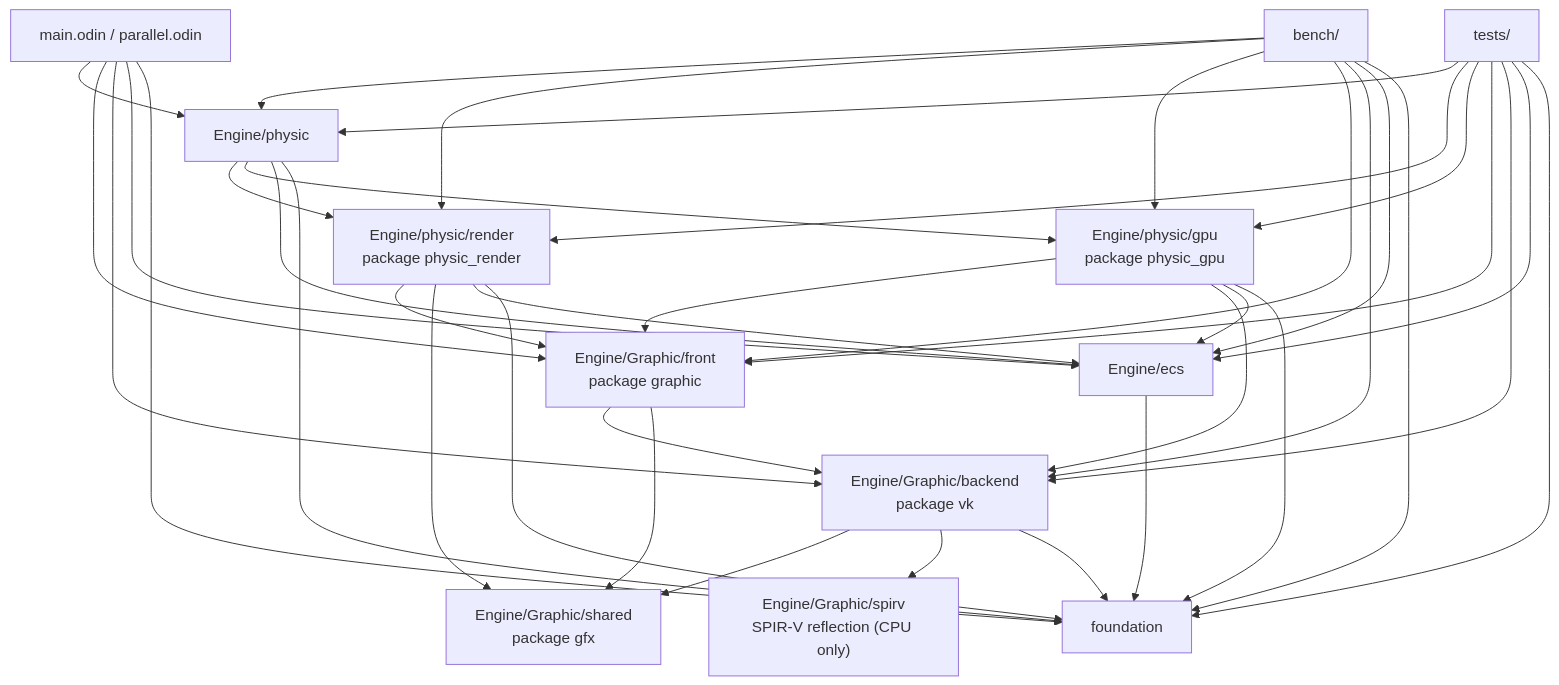
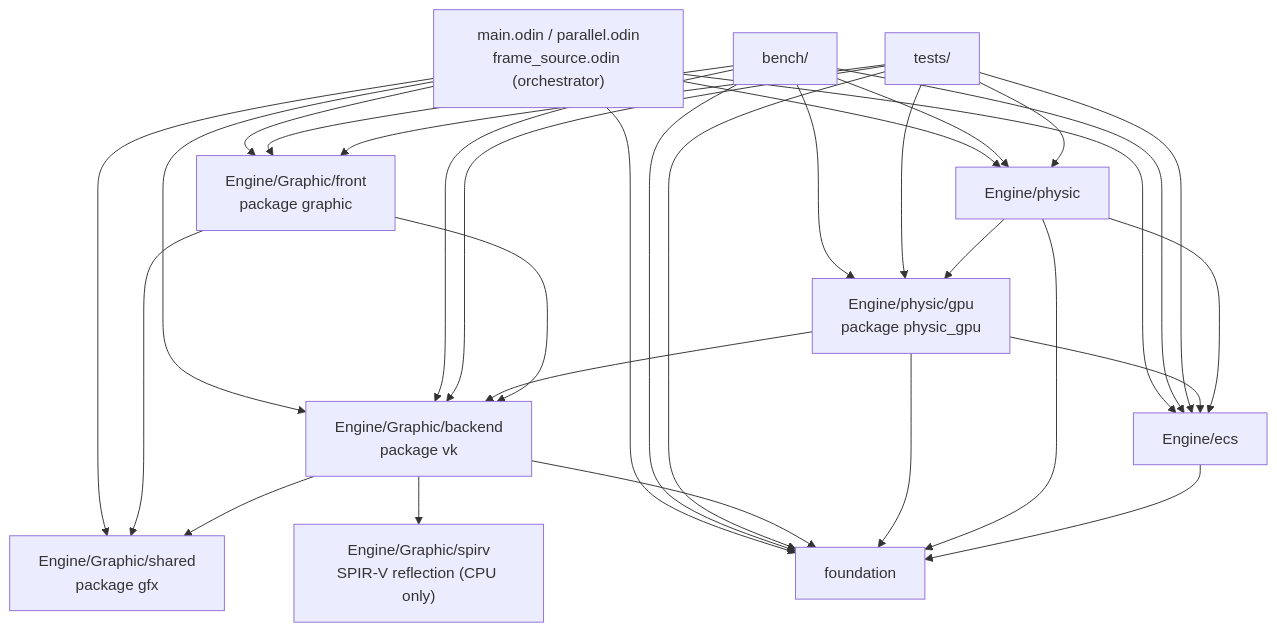
The second of 7 diagrams in docs/architecture.md (TanukiConDos/Gravity-Simulator), drawn with Mermaid before and after one commit. The commit also changed other lines of this file and 5 other files, not shown here.

First line of the commit message:
docs: main owns the frame-source adapter as orchestrator

````diff
--- a/docs/architecture.md
+++ b/docs/architecture.md
@@ -38,54 +38,46 @@
 ```mermaid
 flowchart TD
-    main["main.odin / parallel.odin"]
+    main["main.odin / parallel.odin<br/>frame_source.odin (orchestrator)"]
     bench["bench/"]
     tests["tests/"]
     front["Engine/Graphic/front<br/>package graphic"]
     backend["Engine/Graphic/backend<br/>package vk"]
     shared["Engine/Graphic/shared<br/>package gfx"]
-    render["Engine/physic/render<br/>package physic_render"]
     pgpu["Engine/physic/gpu<br/>package physic_gpu"]
     spirv["Engine/Graphic/spirv<br/>SPIR-V reflection (CPU only)"]
     physic["Engine/physic"]
     ecs["Engine/ecs"]
     foundation["foundation"]
 
     main --> physic
     main --> front
     main --> backend
+    main --> shared
     main --> ecs
     main --> foundation
     bench --> physic
-    bench --> render
     bench --> pgpu
     bench --> front
     bench --> backend
     bench --> ecs
     bench --> foundation
     tests --> physic
-    tests --> render
     tests --> pgpu
     tests --> front
     tests --> backend
     tests --> ecs
     tests --> foundation
 
-    physic --> render
     physic --> pgpu
-    render --> front
-    pgpu --> front
     pgpu --> backend
     front --> backend
     front --> shared
     backend --> shared
     backend --> spirv
     backend --> foundation
-    render --> shared
-    render --> ecs
-    render --> foundation
     pgpu --> ecs
     pgpu --> foundation
     physic --> ecs
     physic --> foundation
     ecs --> foundation
 ```
````
